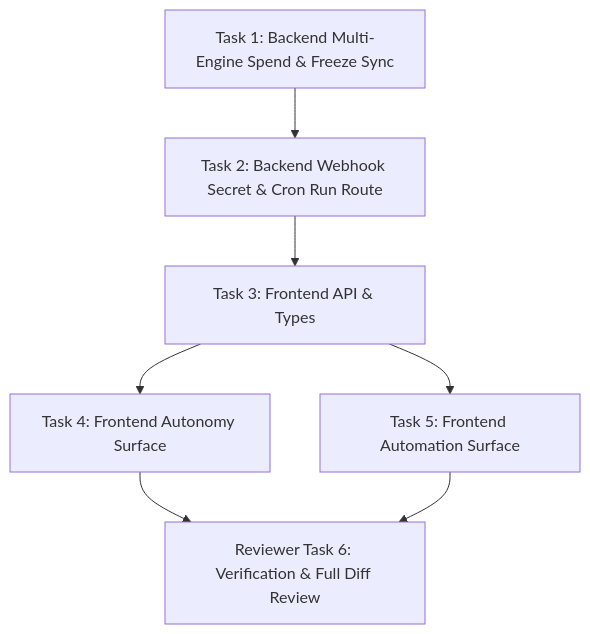
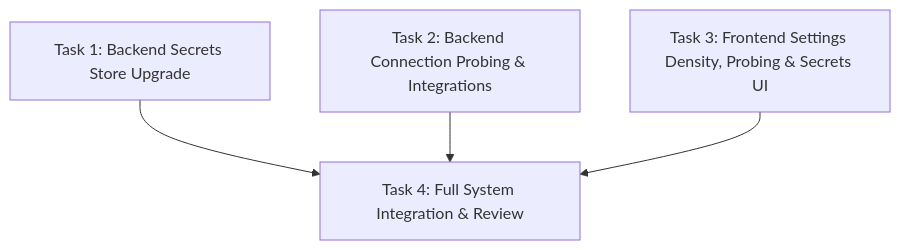
Before and after one commit to konradschrein-star/AI-Operating-System: the diagram in PLAN.md, drawn with Mermaid. The commit also changed other lines of this file, not shown here.

````diff
--- a/PLAN.md
+++ b/PLAN.md
@@ -32,9 +75,6 @@
 ```mermaid
 graph TD
-    T1[Task 1: Backend Multi-Engine Spend & Freeze Sync] --> T2[Task 2: Backend Webhook Secret & Cron Run Route]
-    T2 --> T3[Task 3: Frontend API & Types]
-    T3 --> T4[Task 4: Frontend Autonomy Surface]
-    T3 --> T5[Task 5: Frontend Automation Surface]
-    T4 --> R1[Reviewer Task 6: Verification & Full Diff Review]
-    T5 --> R1
+  A[Task 1: Backend Secrets Store Upgrade] --> D[Task 4: Full System Integration & Review]
+  B[Task 2: Backend Connection Probing & Integrations] --> D
+  C[Task 3: Frontend Settings Density, Probing & Secrets UI] --> D
 ```
````
